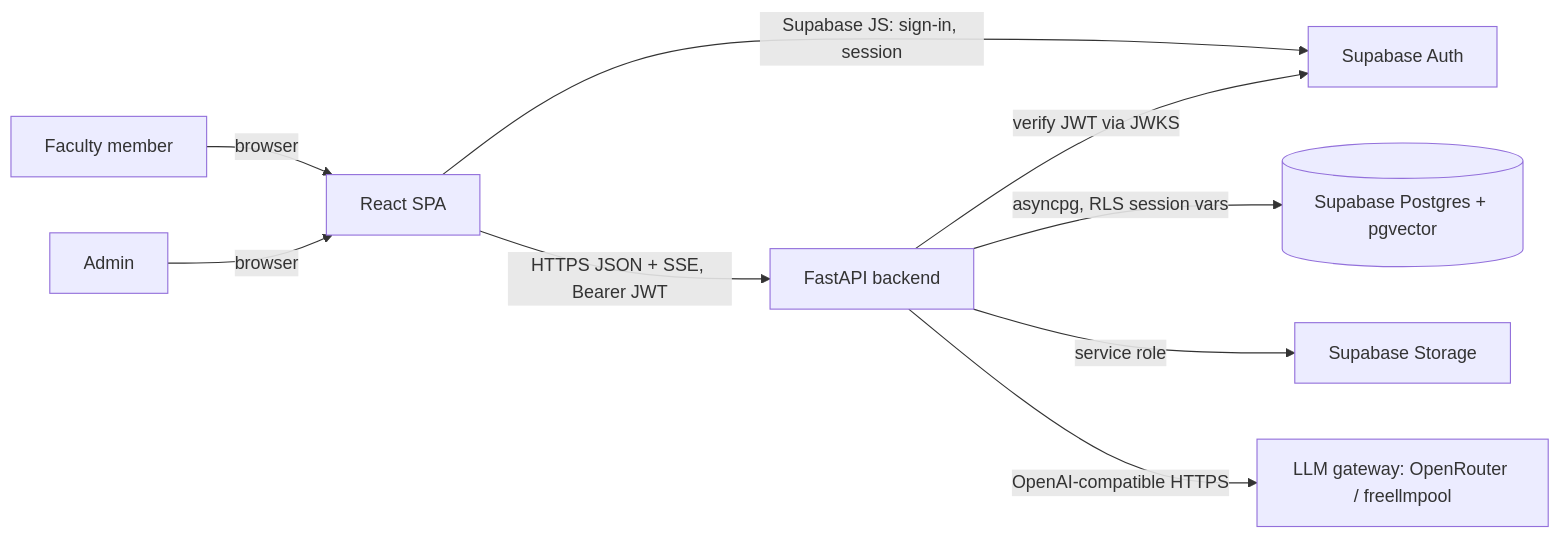
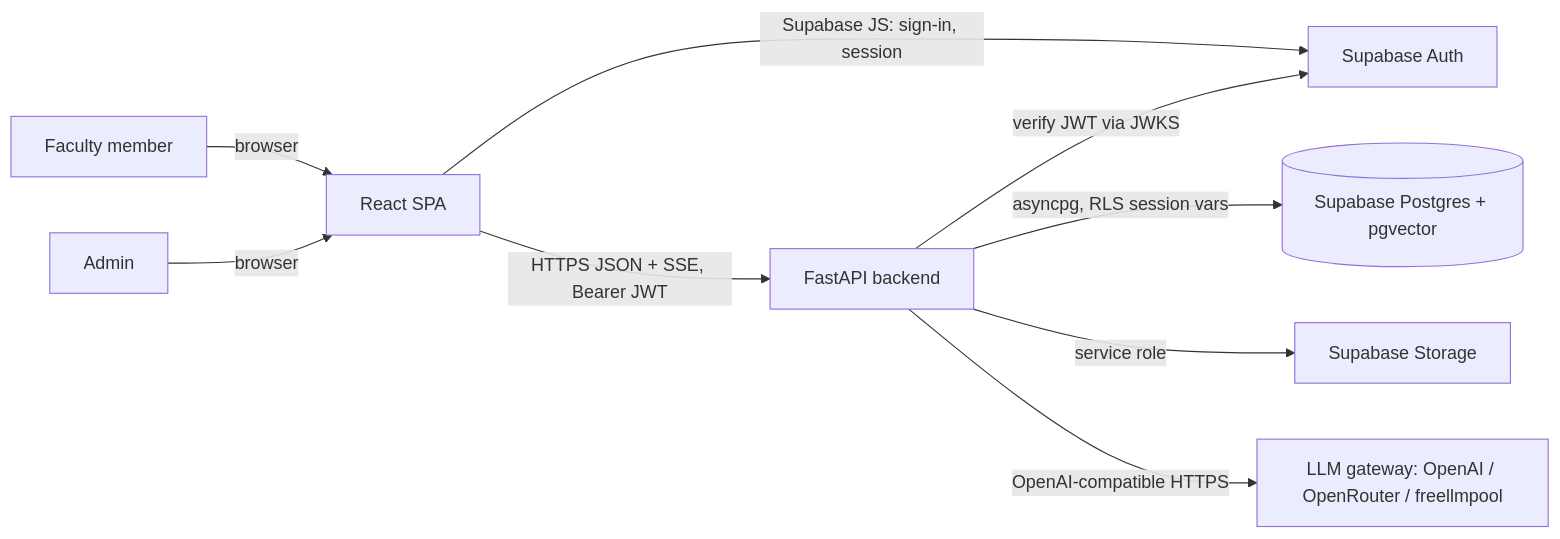
The first of 4 diagrams in architecture.md (md-sazid9089/aust_hackathon26), drawn with Mermaid before and after one commit. The commit also changed other lines of this file and 52 other files, not shown here.

````diff
--- a/architecture.md
+++ b/architecture.md
@@ -136,11 +137,11 @@
 ```mermaid
 flowchart LR
   F[Faculty member] -->|browser| SPA[React SPA]
   A[Admin] -->|browser| SPA
   SPA -->|Supabase JS: sign-in, session| SBAUTH[Supabase Auth]
   SPA -->|HTTPS JSON + SSE, Bearer JWT| API[FastAPI backend]
   API -->|verify JWT via JWKS| SBAUTH
   API -->|asyncpg, RLS session vars| PG[(Supabase Postgres + pgvector)]
   API -->|service role| STO[Supabase Storage]
-  API -->|OpenAI-compatible HTTPS| LLM[LLM gateway: OpenRouter / freellmpool]
+  API -->|OpenAI-compatible HTTPS| LLM[LLM gateway: OpenAI / OpenRouter / freellmpool]
 ```
````
